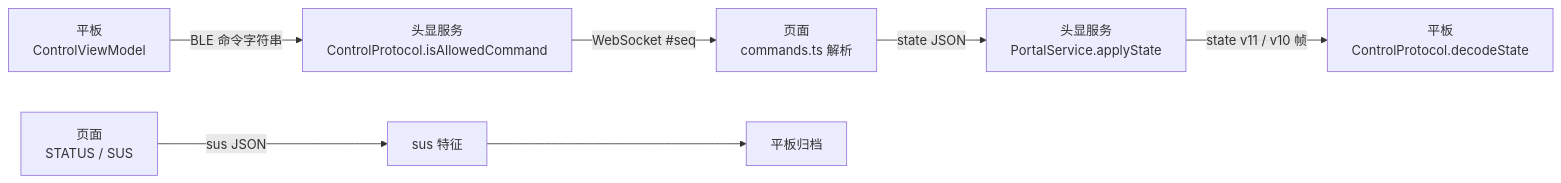
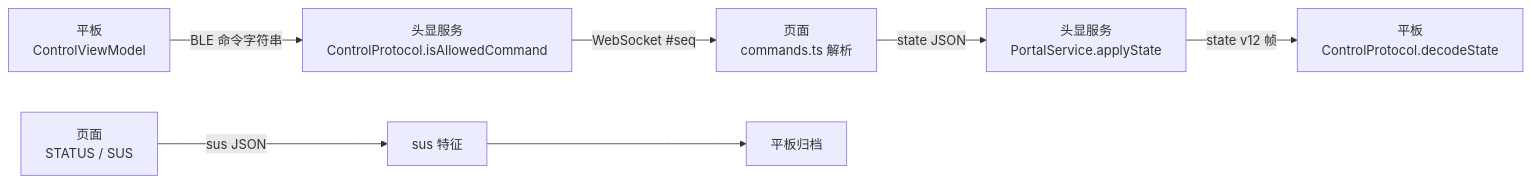
Before and after one commit to fire-disposal/quiet-shore-vr: the diagram in docs/protocol-conformance.md, drawn with Mermaid. The commit also changed other lines of this file and 48 other files, not shown here.

````diff
--- a/docs/protocol-conformance.md
+++ b/docs/protocol-conformance.md
@@ -5,8 +5,8 @@
 ```mermaid
 flowchart LR
   T["平板<br/>ControlViewModel"] -->|"BLE 命令字符串"| H["头显服务<br/>ControlProtocol.isAllowedCommand"]
   H -->|"WebSocket #seq"| P["页面<br/>commands.ts 解析"]
   P -->|"state JSON"| H2["头显服务<br/>PortalService.applyState"]
-  H2 -->|"state v11 / v10 帧"| T2["平板<br/>ControlProtocol.decodeState"]
+  H2 -->|"state v12 帧"| T2["平板<br/>ControlProtocol.decodeState"]
   P2["页面<br/>STATUS / SUS"] -->|"sus JSON"| H3["sus 特征"] --> T3["平板归档"]
 ```
````
